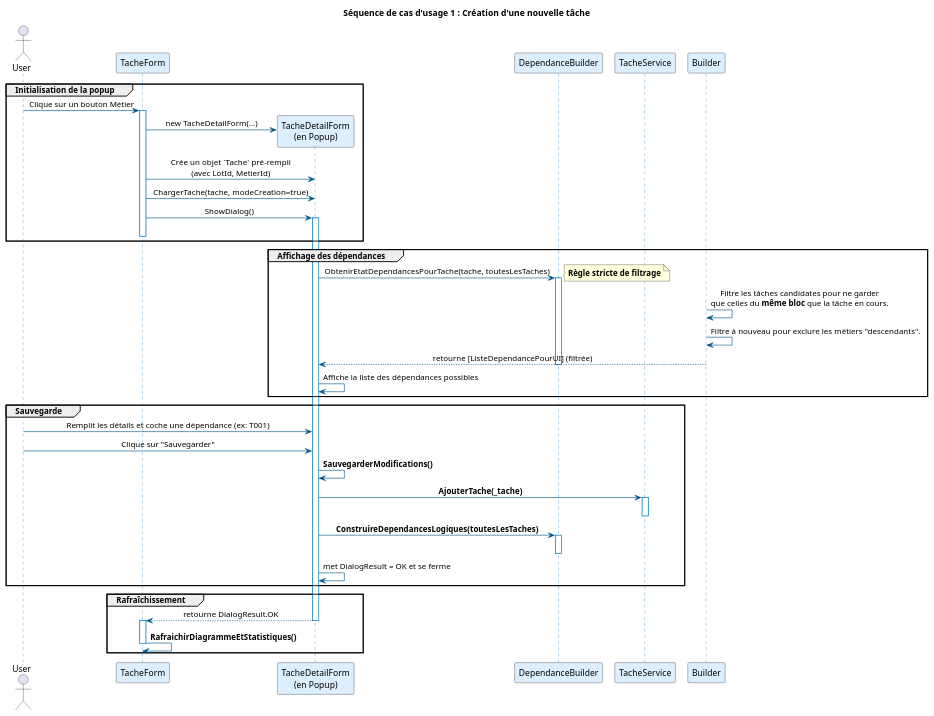
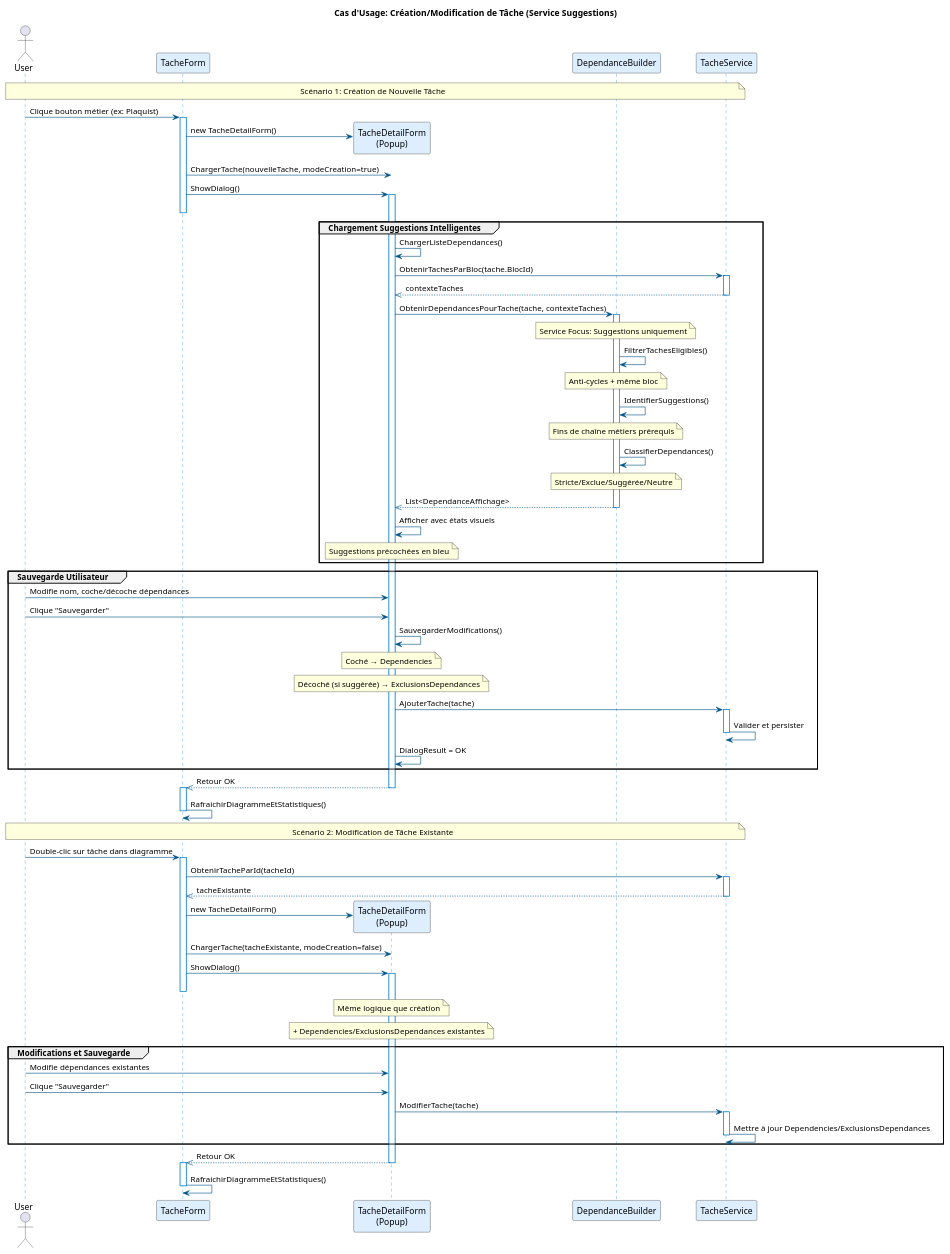
Before and after one commit to edgardmaillot/PlanAthena: the diagram in Docs/V0.3.1UseCaseCréerTache.puml, drawn with PlantUML. The commit also changed 47 other files, not shown here.

Commit message:
V0.3.2 BugFix sur dependanceBuilder AutoMapping descoppé

```diff
--- a/Docs/V0.3.1UseCaseCréerTache.puml
+++ b/Docs/V0.3.1UseCaseCréerTache.puml
@@ -1,69 +1,110 @@
 @startuml
-' --- Configuration ---
 skinparam componentStyle uml2
-skinparam wrapWidth 200
-skinparam participantPadding 5
-skinparam sequenceMessageAlign center
 skinparam sequenceArrowColor #005588
 skinparam sequenceLifeLineBorderColor #007ACC
 skinparam sequenceParticipantBackgroundColor #DDEEFF
 
-title Séquence de cas d'usage 1 : Création d'une nouvelle tâche
+title Cas d'Usage: Création/Modification de Tâche (Service Suggestions)
 
 actor User
 participant TacheForm
-participant "TacheDetailForm\n(en Popup)" as Popup
+participant TacheDetailForm as "TacheDetailForm\n(Popup)"
 participant DependanceBuilder
 participant TacheService
 
-group Initialisation de la popup
-    User -> TacheForm : Clique sur un bouton Métier
-    activate TacheForm
+Note over User,TacheService: Scénario 1: Création de Nouvelle Tâche
 
-    TacheForm -> Popup ** : new TacheDetailForm(...)
-    TacheForm -> Popup : Crée un objet `Tache` pré-rempli\n(avec LotId, MetierId)
-    TacheForm -> Popup : ChargerTache(tache, modeCreation=true)
-    TacheForm -> Popup : ShowDialog()
-    activate Popup
-    deactivate TacheForm
+User -> TacheForm : Clique bouton métier (ex: Plaquist)
+activate TacheForm
+
+TacheForm -> TacheDetailForm ** : new TacheDetailForm()
+TacheForm -> TacheDetailForm : ChargerTache(nouvelleTache, modeCreation=true)
+TacheForm -> TacheDetailForm : ShowDialog()
+activate TacheDetailForm
+deactivate TacheForm
+
+group Chargement Suggestions Intelligentes
+    TacheDetailForm -> TacheDetailForm : ChargerListeDependances()
+    TacheDetailForm -> TacheService : ObtenirTachesParBloc(tache.BlocId)
+    activate TacheService
+    TacheService -->> TacheDetailForm : contexteTaches
+    deactivate TacheService
+    
+    TacheDetailForm -> DependanceBuilder : ObtenirDependancesPourTache(tache, contexteTaches)
+    activate DependanceBuilder
+    
+    Note over DependanceBuilder: Service Focus: Suggestions uniquement
+    DependanceBuilder -> DependanceBuilder : FiltrerTachesEligibles()
+    Note over DependanceBuilder: Anti-cycles + même bloc
+    DependanceBuilder -> DependanceBuilder : IdentifierSuggestions()
+    Note over DependanceBuilder: Fins de chaîne métiers prérequis
+    DependanceBuilder -> DependanceBuilder : ClassifierDependances()
+    Note over DependanceBuilder: Stricte/Exclue/Suggérée/Neutre
+    
+    DependanceBuilder -->> TacheDetailForm : List<DependanceAffichage>
+    deactivate DependanceBuilder
+    
+    TacheDetailForm -> TacheDetailForm : Afficher avec états visuels
+    Note over TacheDetailForm: Suggestions précochées en bleu
 end
 
-group Affichage des dépendances
-    Popup -> DependanceBuilder : ObtenirEtatDependancesPourTache(tache, toutesLesTaches)
-    activate DependanceBuilder
+group Sauvegarde Utilisateur
+    User -> TacheDetailForm : Modifie nom, coche/décoche dépendances
+    User -> TacheDetailForm : Clique "Sauvegarder"
     
-    note right: **Règle stricte de filtrage**
-    Builder -> Builder : Filtre les tâches candidates pour ne garder\nque celles du **même bloc** que la tâche en cours.
-    Builder -> Builder : Filtre à nouveau pour exclure les métiers "descendants".
+    TacheDetailForm -> TacheDetailForm : SauvegarderModifications()
+    Note over TacheDetailForm: Coché → Dependencies
+    Note over TacheDetailForm: Décoché (si suggérée) → ExclusionsDependances
     
-    Builder --> Popup : retourne [ListeDependancePourUI] (filtrée)
-    deactivate DependanceBuilder
+    TacheDetailForm -> TacheService : AjouterTache(tache)
+    activate TacheService
+    TacheService -> TacheService : Valider et persister
+    deactivate TacheService
     
-    Popup -> Popup : Affiche la liste des dépendances possibles
+    TacheDetailForm -> TacheDetailForm : DialogResult = OK
 end
 
-group Sauvegarde
-    User -> Popup : Remplit les détails et coche une dépendance (ex: T001)
-    User -> Popup : Clique sur "Sauvegarder"
+TacheDetailForm -->> TacheForm : Retour OK
+deactivate TacheDetailForm
+activate TacheForm
+
+TacheForm -> TacheForm : RafraichirDiagrammeEtStatistiques()
+deactivate TacheForm
+
+Note over User,TacheService: Scénario 2: Modification de Tâche Existante
+
+User -> TacheForm : Double-clic sur tâche dans diagramme
+activate TacheForm
+
+TacheForm -> TacheService : ObtenirTacheParId(tacheId)
+activate TacheService
+TacheService -->> TacheForm : tacheExistante
+deactivate TacheService
+
+TacheForm -> TacheDetailForm ** : new TacheDetailForm()
+TacheForm -> TacheDetailForm : ChargerTache(tacheExistante, modeCreation=false)
+TacheForm -> TacheDetailForm : ShowDialog()
+activate TacheDetailForm
+deactivate TacheForm
+
+Note over TacheDetailForm: Même logique que création
+Note over TacheDetailForm: + Dependencies/ExclusionsDependances existantes
+
+group Modifications et Sauvegarde
+    User -> TacheDetailForm : Modifie dépendances existantes
+    User -> TacheDetailForm : Clique "Sauvegarder"
     
-    Popup -> Popup : **SauvegarderModifications()**
-    Popup -> TacheService : **AjouterTache(_tache)**
+    TacheDetailForm -> TacheService : ModifierTache(tache)
     activate TacheService
+    TacheService -> TacheService : Mettre à jour Dependencies/ExclusionsDependances
     deactivate TacheService
-    
-    Popup -> DependanceBuilder : **ConstruireDependancesLogiques(toutesLesTaches)**
-    activate DependanceBuilder
-    deactivate DependanceBuilder
-
-    Popup -> Popup : met DialogResult = OK et se ferme
 end
 
-group Rafraîchissement
-    Popup --> TacheForm : retourne DialogResult.OK
-    deactivate Popup
-    activate TacheForm
+TacheDetailForm -->> TacheForm : Retour OK
+deactivate TacheDetailForm
+activate TacheForm
 
-    TacheForm -> TacheForm : **RafraichirDiagrammeEtStatistiques()**
-    deactivate TacheForm
-end
+TacheForm -> TacheForm : RafraichirDiagrammeEtStatistiques()
+deactivate TacheForm
+
 @enduml
```
